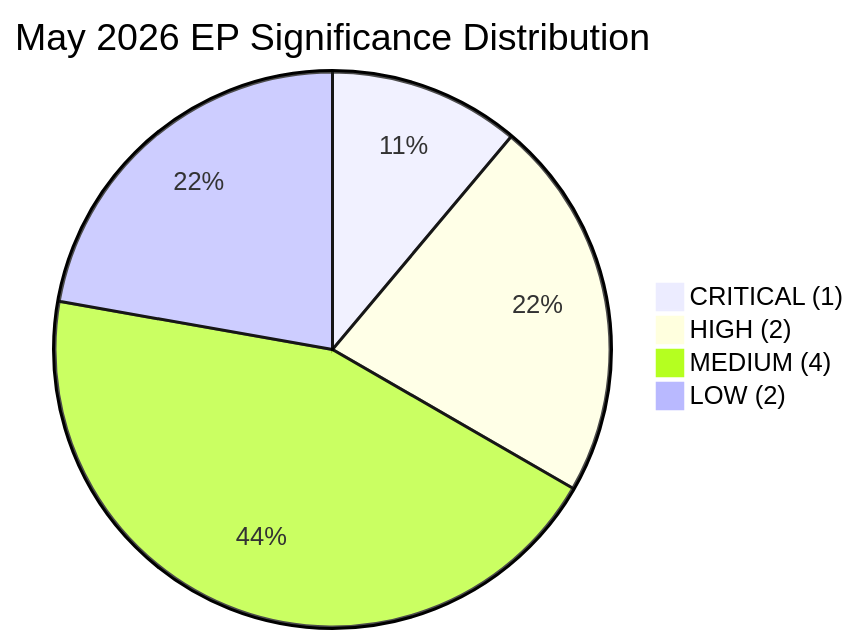
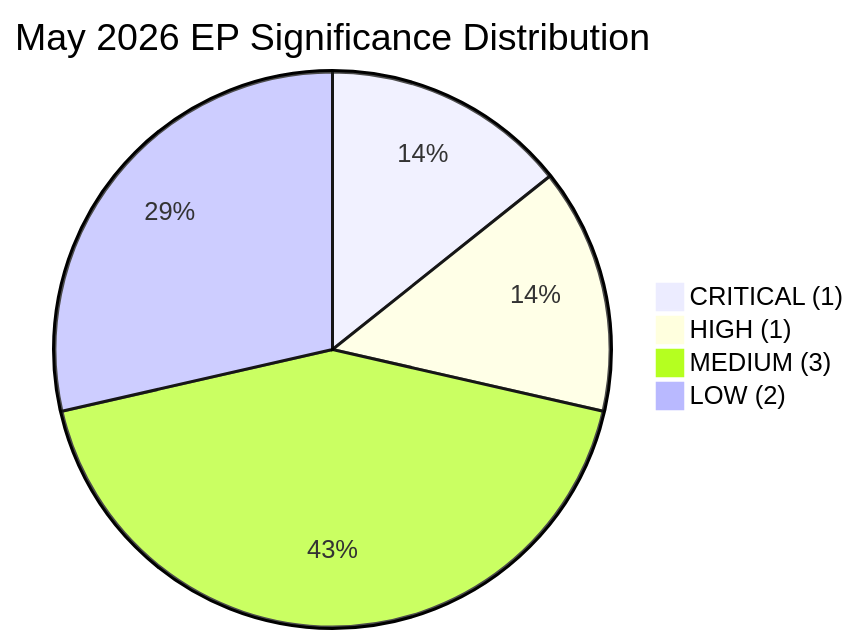
The diagram in analysis/daily/2026-05-22/breaking/classification/significance-classification.md (Hack23/euparliamentmonitor), drawn with Mermaid before and after one commit. The commit also changed other lines of this file and 10 other files, not shown here.

````diff
--- a/analysis/daily/2026-05-22/breaking/classification/significance-classification.md
+++ b/analysis/daily/2026-05-22/breaking/classification/significance-classification.md
@@ -89,7 +89,7 @@
 ```mermaid
 pie title May 2026 EP Significance Distribution
     "CRITICAL (1)" : 1
-    "HIGH (2)" : 2
-    "MEDIUM (4)" : 4
+    "HIGH (1)" : 1
+    "MEDIUM (3)" : 3
     "LOW (2)" : 2
 ```
````
